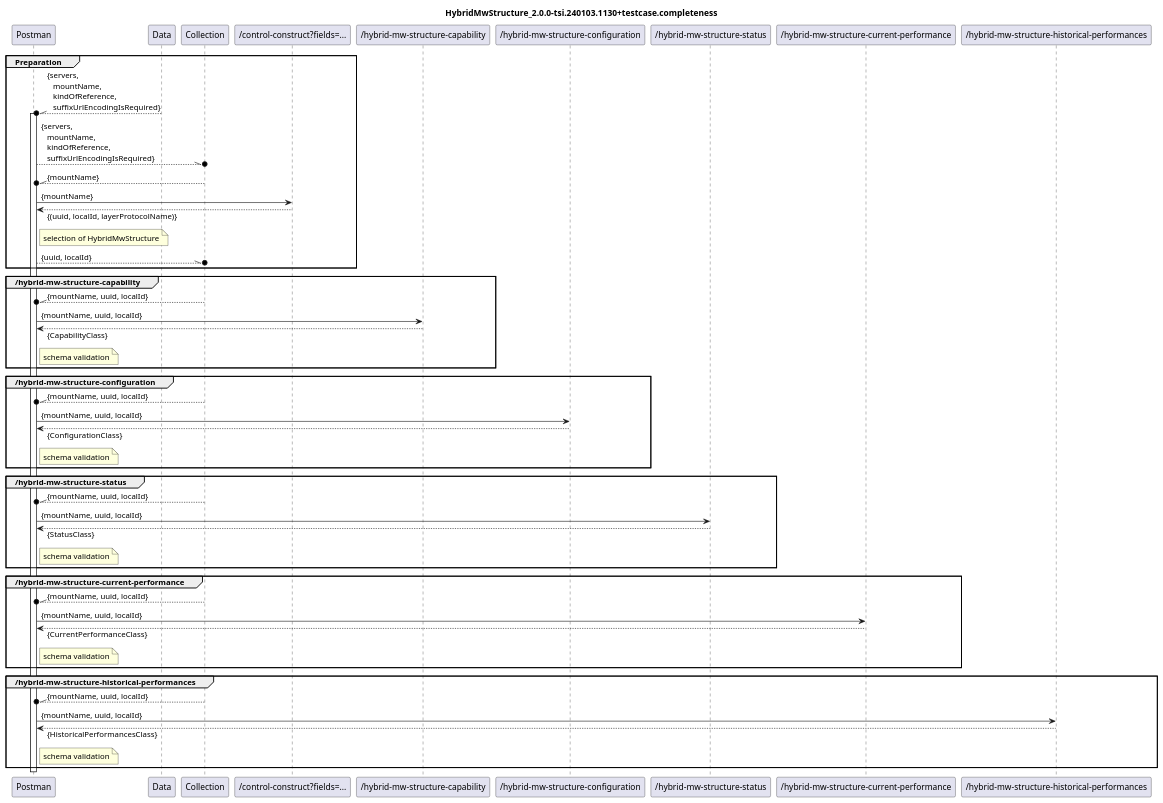
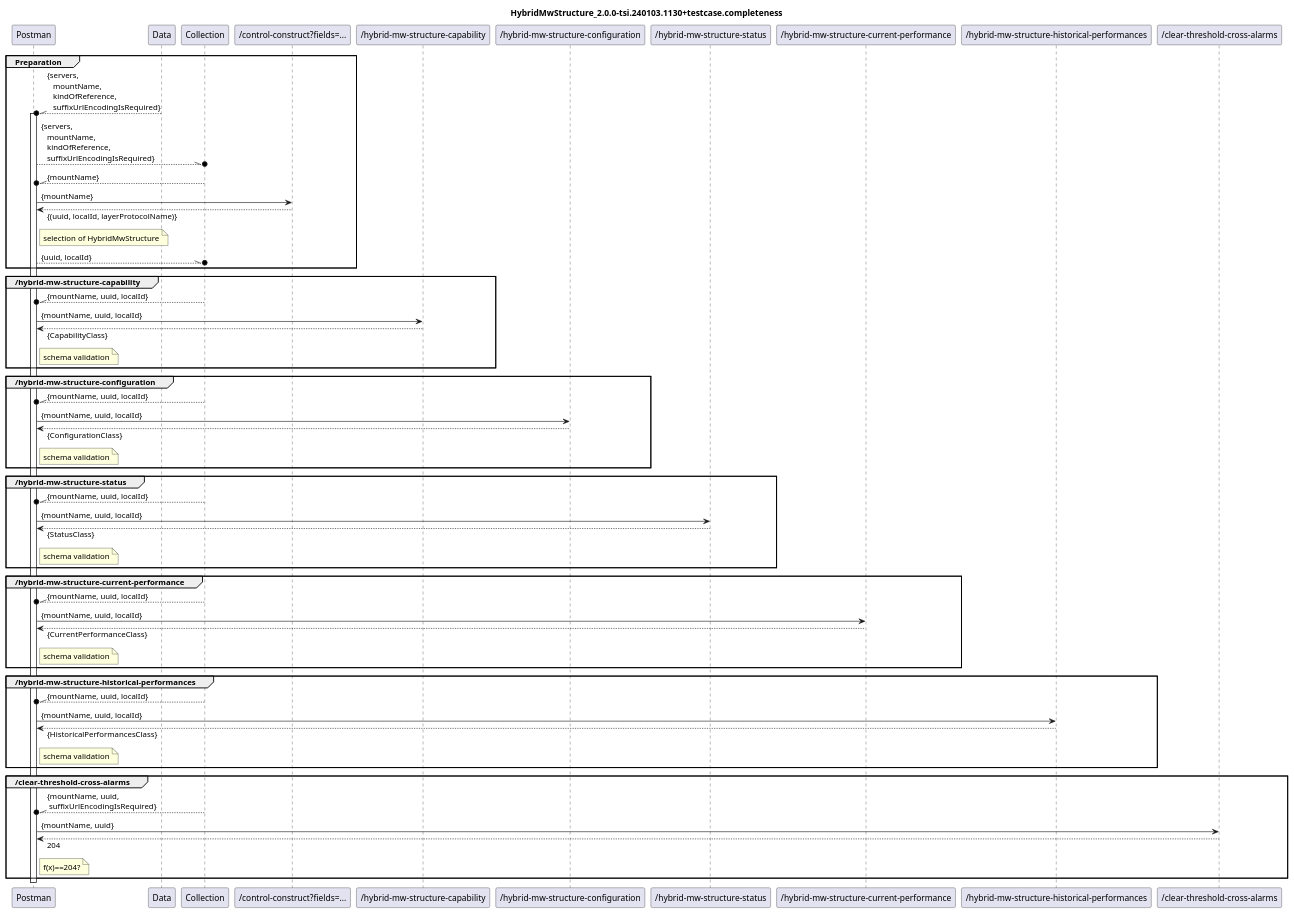
The diagram in HMS_2.0.0-tsi.240103.1130+vali/Completeness/HMS_2.0.0-tsi.240103.1130+diagram.completeness.plantuml (openBackhaul/hybridMwStructure), drawn with PlantUML before and after one commit. The commit also changed 1 other file, not shown here.

Commit message:
Add RPC to diagram

```diff
--- a/HMS_2.0.0-tsi.240103.1130+vali/Completeness/HMS_2.0.0-tsi.240103.1130+diagram.completeness.plantuml
+++ b/HMS_2.0.0-tsi.240103.1130+vali/Completeness/HMS_2.0.0-tsi.240103.1130+diagram.completeness.plantuml
@@ -1,81 +1,91 @@
 @startuml HMS_2.0.0-tsi.240103.1130+diagram.completeness
 skinparam responseMessageBelowArrow true
 
 title
 HybridMwStructure_2.0.0-tsi.240103.1130+testcase.completeness
 end title
 
 participant "Postman" as Postman
 participant "Data" as Data
 participant "Collection" as Collection
 
 participant "/control-construct?fields=..." as ListOfLTPUuidAndLidPairsAndNames
 
 participant "/hybrid-mw-structure-capability" as Capability
 participant "/hybrid-mw-structure-configuration" as Configuration
 participant "/hybrid-mw-structure-status" as Status
 participant "/hybrid-mw-structure-current-performance" as CurrentPerformance
 participant "/hybrid-mw-structure-historical-performances" as HistoricalPerformances
+participant "/clear-threshold-cross-alarms" as ClearThresholdCrossAlarms
 
 group Preparation
   Data --\\o Postman : {servers,\n   mountName,\n   kindOfReference,\n   suffixUrlEncodingIsRequired}
   activate Postman
   Postman --\\o Collection : {servers,\n   mountName,\n   kindOfReference,\n   suffixUrlEncodingIsRequired}
 
   Collection --\\o Postman : {mountName}
   Postman -> ListOfLTPUuidAndLidPairsAndNames : {mountName}
   Postman <-- ListOfLTPUuidAndLidPairsAndNames : {(uuid, localId, layerProtocolName)}
   note right Postman
     selection of HybridMwStructure
   end note
   Postman --\\o Collection : {uuid, localId}
 end
 
 group /hybrid-mw-structure-capability
   Collection --\\o Postman : {mountName, uuid, localId}
   Postman -> Capability : {mountName, uuid, localId}
   Postman <-- Capability : {CapabilityClass}
   note right Postman
     schema validation
   end note
 end
 
 group /hybrid-mw-structure-configuration
   Collection --\\o Postman : {mountName, uuid, localId}
   Postman -> Configuration : {mountName, uuid, localId}
   Postman <-- Configuration : {ConfigurationClass}
   note right Postman
     schema validation
   end note
 end
 
 group /hybrid-mw-structure-status
   Collection --\\o Postman : {mountName, uuid, localId}
   Postman -> Status : {mountName, uuid, localId}
   Postman <-- Status : {StatusClass}
   note right Postman
     schema validation
   end note
 end
 
 group /hybrid-mw-structure-current-performance
   Collection --\\o Postman : {mountName, uuid, localId}
   Postman -> CurrentPerformance : {mountName, uuid, localId}
   Postman <-- CurrentPerformance : {CurrentPerformanceClass}
   note right Postman
     schema validation
   end note
 end
 
 group /hybrid-mw-structure-historical-performances
   Collection --\\o Postman : {mountName, uuid, localId}
   Postman -> HistoricalPerformances : {mountName, uuid, localId}
   Postman <-- HistoricalPerformances : {HistoricalPerformancesClass}
   note right Postman
     schema validation
   end note
 end
 
+group /clear-threshold-cross-alarms
+  Collection --\\o Postman : {mountName, uuid, \n suffixUrlEncodingIsRequired}
+  Postman -> ClearThresholdCrossAlarms : {mountName, uuid}
+  Postman <-- ClearThresholdCrossAlarms : 204
+  note right Postman
+    f(x)==204?
+  end note
+end
+
 deactivate Postman
 
 @enduml
```
